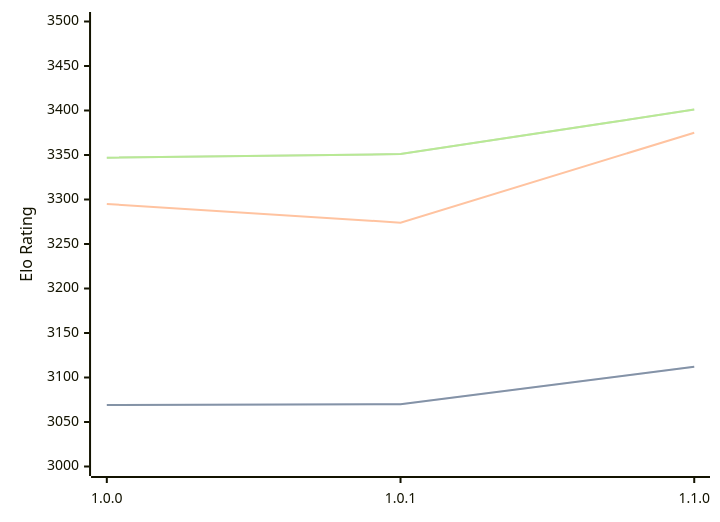
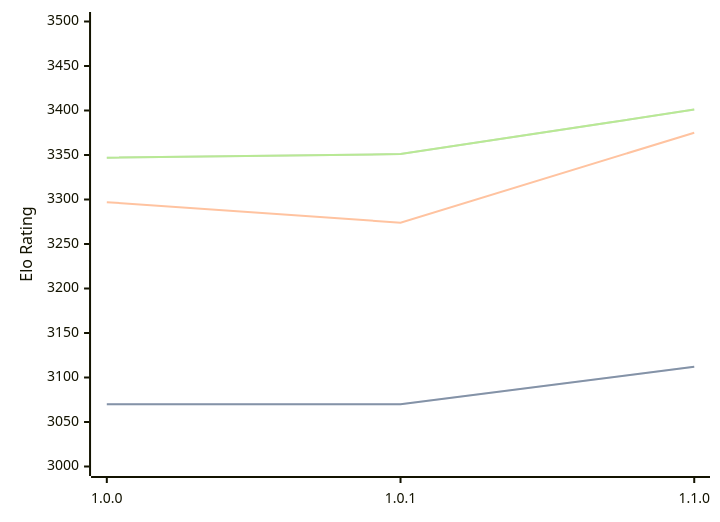
Before and after one commit to computer-chess-index/cci: the diagram in engines/Ursus.md, drawn with Mermaid. The commit also changed other lines of this file, not shown here.

````diff
--- a/engines/Ursus.md
+++ b/engines/Ursus.md
@@ -33,11 +33,11 @@
 ```mermaid
 %%{init: {"theme":"base","themeVariables":{"seriesColors:['#a3a3a3','#222221','#faa371']}}}%%
 xychart-beta
   x-axis ["1.0.0", "1.0.1", "1.1.0"]
   y-axis "Elo Rating" 3000 --> 3500
-  line "" [3069, 3070, 3112]
-  line "STC (8.0+0.08s)" [3069, 3070, 3112]
-  line "LTC (60.0+0.60s)" [3295, 3274, 3375]
+  line "" [3070, 3070, 3112]
+  line "STC (8.0+0.08s)" [3070, 3070, 3112]
+  line "LTC (60.0+0.60s)" [3297, 3274, 3375]
   line "" [3347, 3351, 3401]
   line "VLTC (2m24s+1.12s)" [3347, 3351, 3401]
 ```
````
